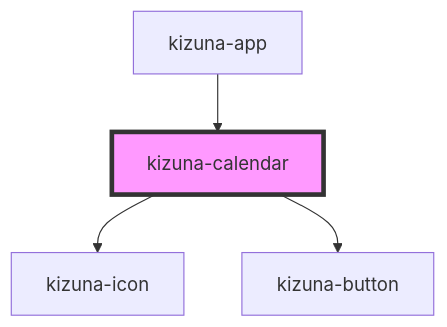
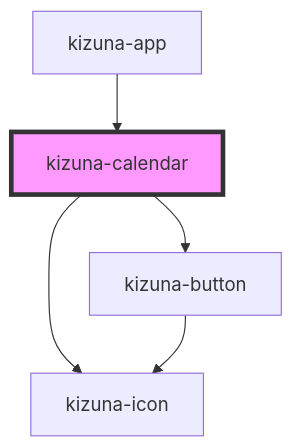
The diagram in kizuna-design-kit/src/components/kizuna-calendar/readme.md (hc-institute-japan/kizunakit), drawn with Mermaid before and after one commit. The commit also changed 8 other files, not shown here.

````diff
--- a/kizuna-design-kit/src/components/kizuna-calendar/readme.md
+++ b/kizuna-design-kit/src/components/kizuna-calendar/readme.md
@@ -40,7 +40,8 @@
 ```mermaid
 graph TD;
   kizuna-calendar --> kizuna-icon
   kizuna-calendar --> kizuna-button
+  kizuna-button --> kizuna-icon
   kizuna-app --> kizuna-calendar
   style kizuna-calendar fill:#f9f,stroke:#333,stroke-width:4px
 ```
````
